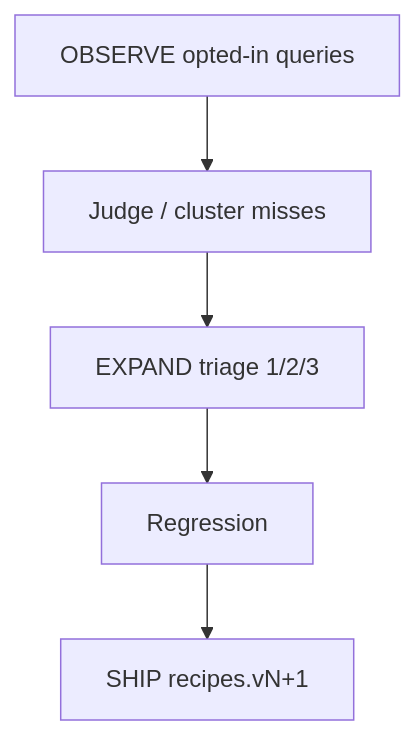
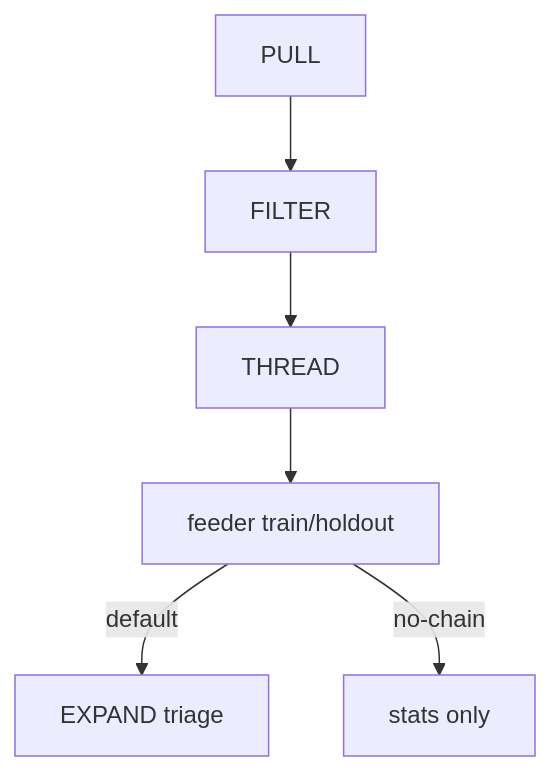
One commit to NuclearManatee/git-grasp changed the diagram in docs/evolve.md. Above: the diagram before and after it, drawn with Mermaid. The commit also changed other lines of this file and 107 other files, not shown here.

First line of the commit message:
Ship OBSERVE EVOLVE feeder and polish CLI/web UX for release.

````diff
--- a/docs/evolve.md
+++ b/docs/evolve.md
@@ -5,7 +5,11 @@
 ```mermaid
 flowchart TB
-  O[OBSERVE opted-in queries] --> J[Judge / cluster misses]
-  J --> X[EXPAND triage 1/2/3]
-  X --> R[Regression]
-  R --> S[SHIP recipes.vN+1]
+  Pull[PULL]
+  Filter[FILTER]
+  Thread[THREAD]
+  Feeder[feeder train/holdout]
+  Expand[EXPAND triage]
+  Pull --> Filter --> Thread --> Feeder
+  Feeder -->|default| Expand
+  Feeder -->|no-chain| Stop[stats only]
 ```
````
